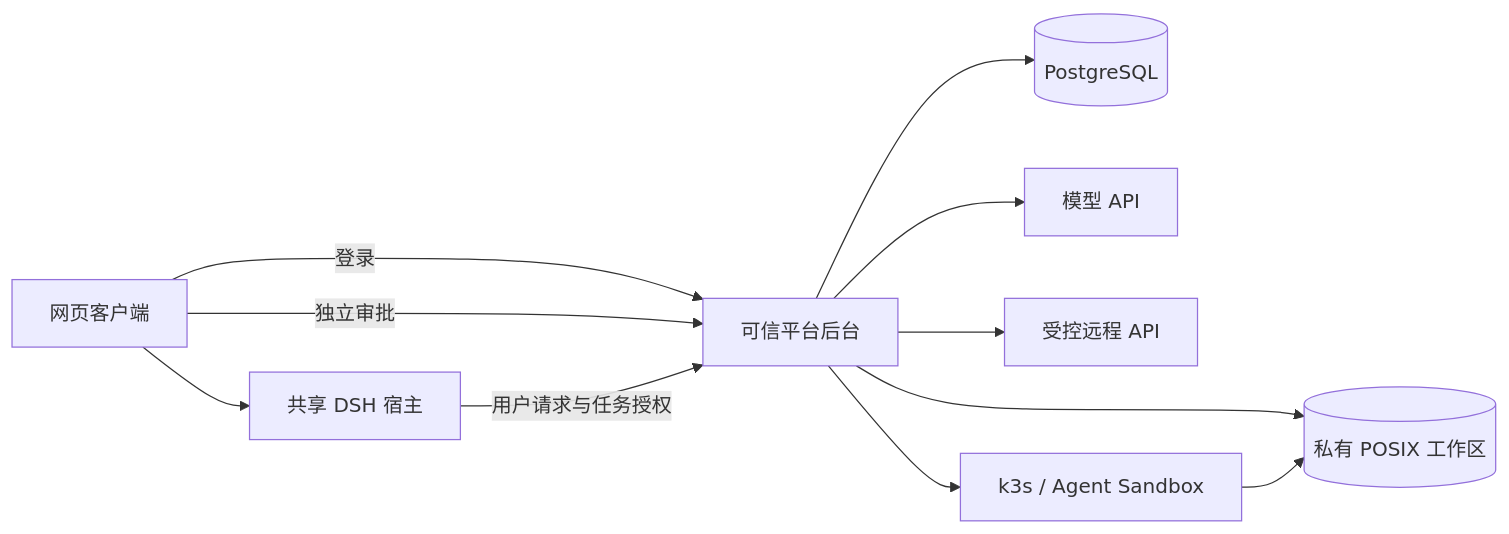
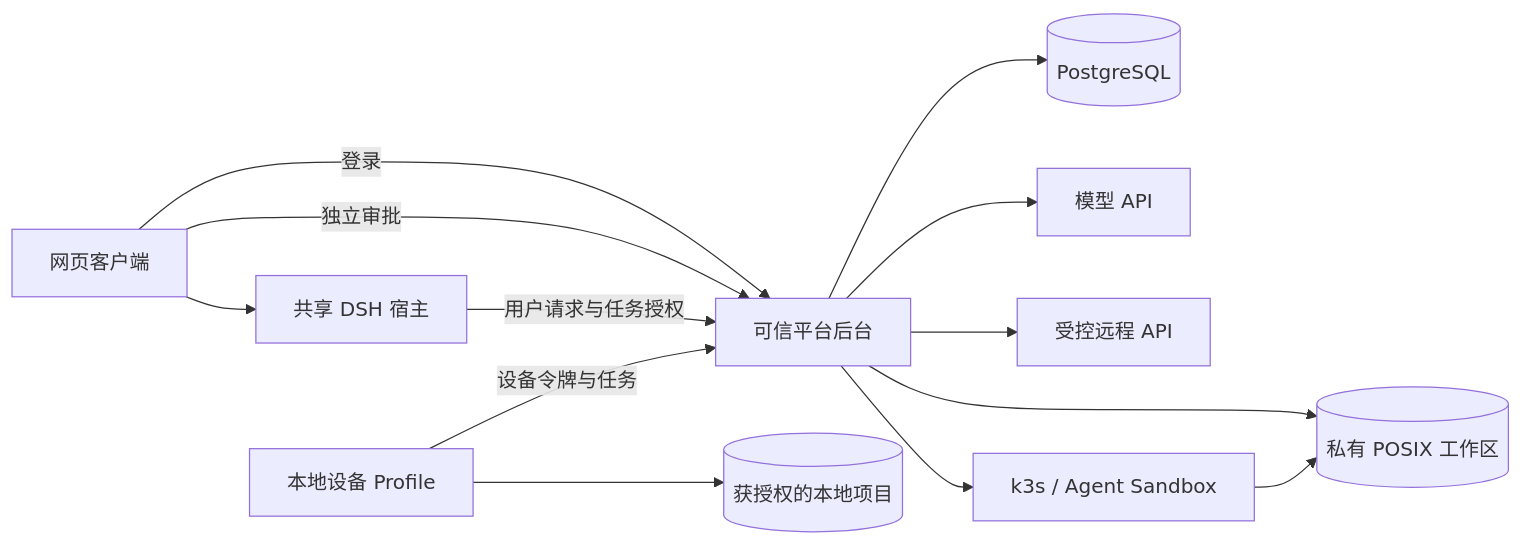
Before and after one commit to naturalnum/deepseek-harness: the diagram in products/power-evolve/README.md, drawn with Mermaid. The commit also changed other lines of this file and 47 other files, not shown here.

````diff
--- a/products/power-evolve/README.md
+++ b/products/power-evolve/README.md
@@ -7,13 +7,15 @@
 ```mermaid
 flowchart LR
   C[网页客户端] --> H[共享 DSH 宿主]
   C -->|登录| P[可信平台后台]
   C -->|独立审批| P
   H -->|用户请求与任务授权| P
   P --> DB[(PostgreSQL)]
   P --> FS[(私有 POSIX 工作区)]
   P --> M[模型 API]
   P --> A[受控远程 API]
   P --> K[k3s / Agent Sandbox]
   K --> FS
+  D[本地设备 Profile] -->|设备令牌与任务| P
+  D --> L[(获授权的本地项目)]
 ```
````
